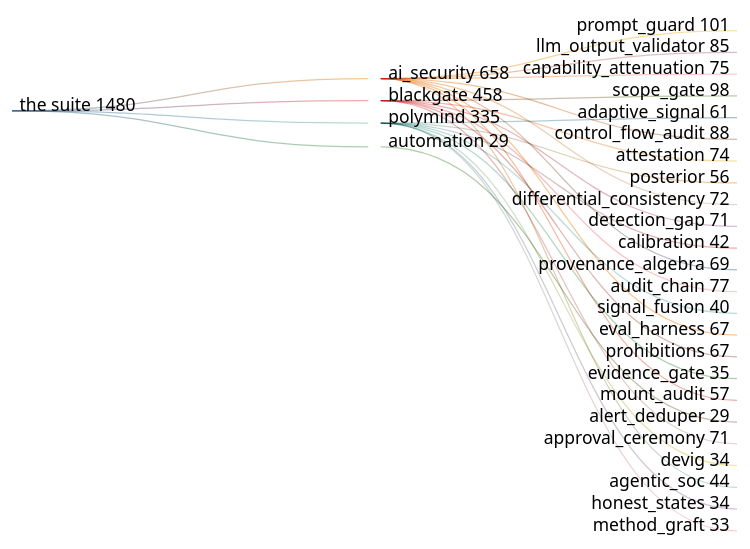
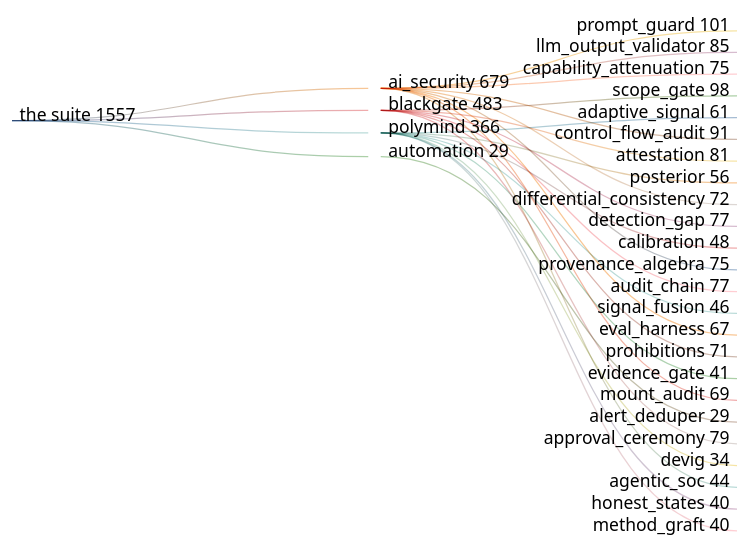
One commit to greeklinux/Showcase changed the third of 5 diagrams in README.md. Above: the diagram before and after it, drawn with Mermaid (forest theme). The commit also changed other lines of this file and 34 other files, not shown here.

````diff
--- a/README.md
+++ b/README.md
@@ -354,32 +354,32 @@
 ```mermaid
 sankey-beta
 
-the suite,ai_security,658
-the suite,blackgate,458
-the suite,polymind,335
+the suite,ai_security,679
+the suite,blackgate,483
+the suite,polymind,366
 the suite,automation,29
 ai_security,prompt_guard,101
 ai_security,llm_output_validator,85
 ai_security,capability_attenuation,75
-ai_security,control_flow_audit,88
+ai_security,control_flow_audit,91
 ai_security,differential_consistency,72
-ai_security,provenance_algebra,69
+ai_security,provenance_algebra,75
 ai_security,eval_harness,67
-ai_security,mount_audit,57
+ai_security,mount_audit,69
 ai_security,agentic_soc,44
 blackgate,scope_gate,98
-blackgate,attestation,74
-blackgate,detection_gap,71
+blackgate,attestation,81
+blackgate,detection_gap,77
 blackgate,audit_chain,77
-blackgate,prohibitions,67
-blackgate,approval_ceremony,71
+blackgate,prohibitions,71
+blackgate,approval_ceremony,79
 polymind,adaptive_signal,61
 polymind,posterior,56
-polymind,calibration,42
-polymind,signal_fusion,40
-polymind,evidence_gate,35
+polymind,calibration,48
+polymind,signal_fusion,46
+polymind,evidence_gate,41
 polymind,devig,34
-polymind,honest_states,34
-polymind,method_graft,33
+polymind,honest_states,40
+polymind,method_graft,40
 automation,alert_deduper,29
 ```
````
